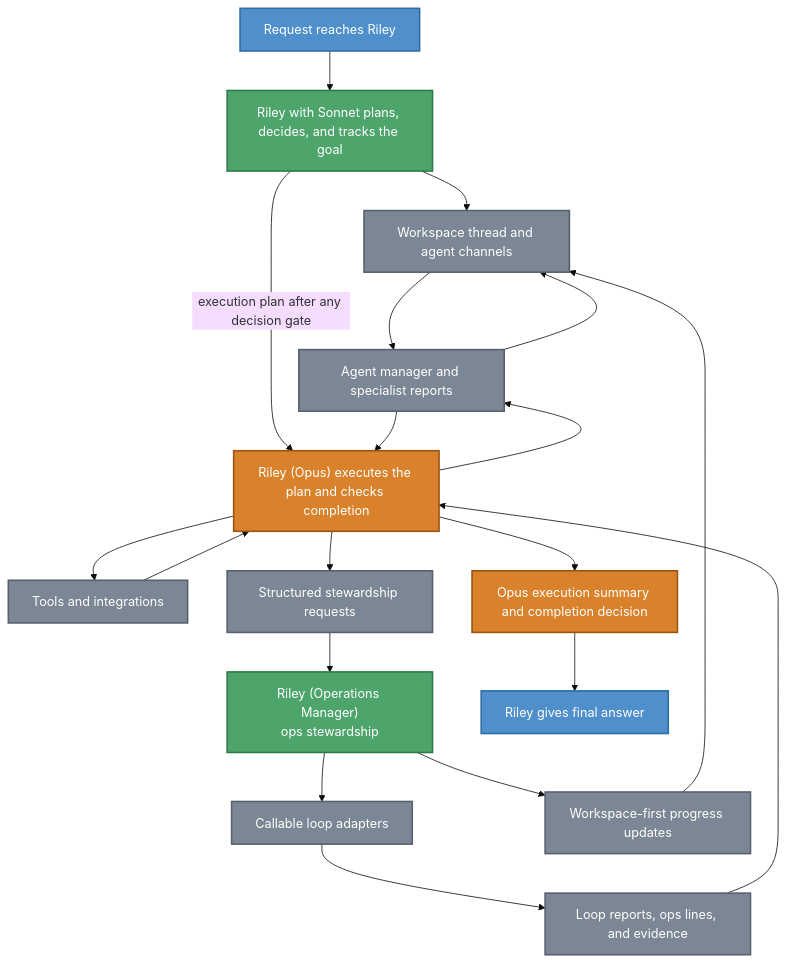
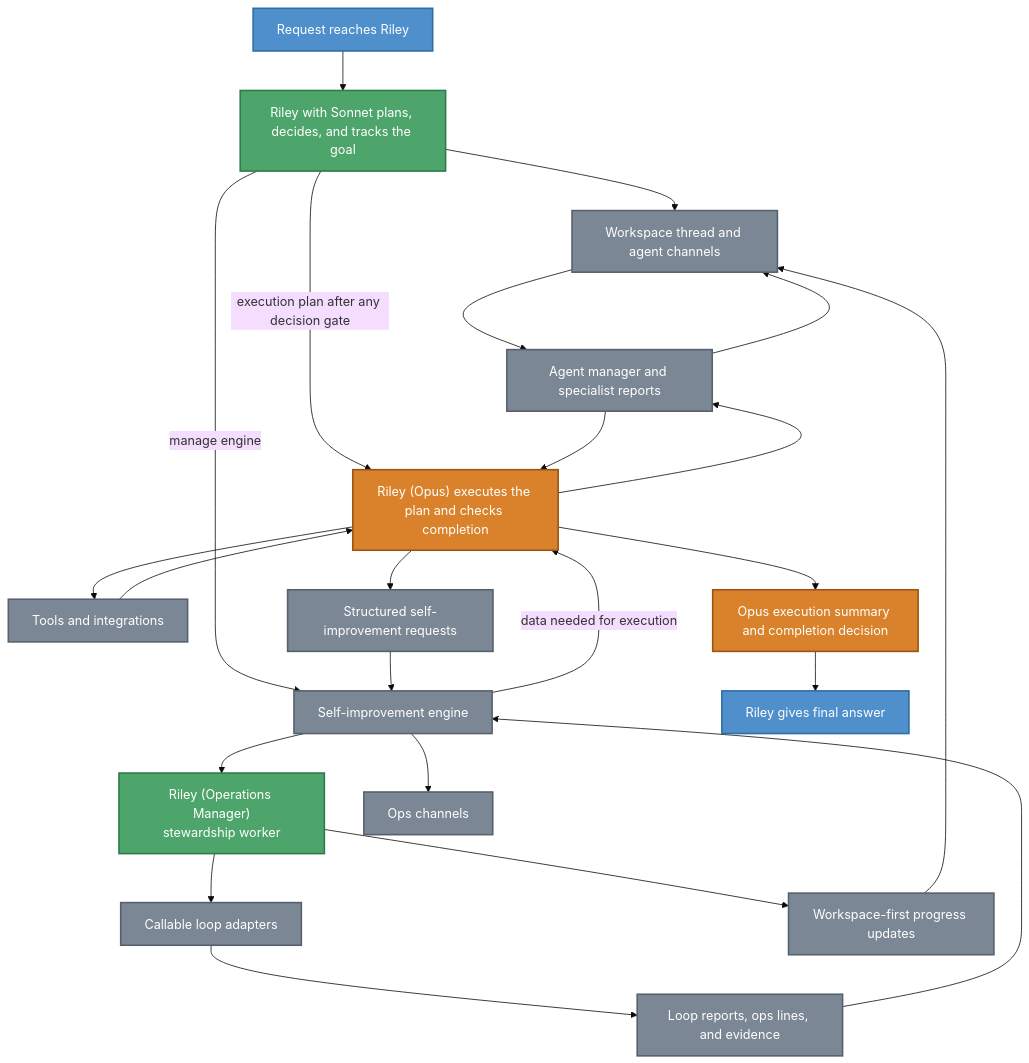
The third of 4 diagrams in .github/ARCHITECTURE.md (jflessenkemper/ASAP-discord), drawn with Mermaid (base theme) before and after one commit. The commit also changed other lines of this file and 7 other files, not shown here.

Commit message:
Route self-improvement through Riley manager

````diff
--- a/.github/ARCHITECTURE.md
+++ b/.github/ARCHITECTURE.md
@@ -171,41 +177,47 @@
 ```mermaid
 flowchart TB
     Request[Request reaches Riley]
     Riley[Riley with Sonnet plans, decides, and tracks the goal]
     Workspace[Workspace thread and agent channels]
     Opus["Riley (Opus) executes the plan and checks completion"]
     Specialists[Agent manager and specialist reports]
     Tools[Tools and integrations]
-    StewardRequests[Structured stewardship requests]
-    OpsSteward["Riley (Operations Manager)\nops stewardship"]
+    SelfImproveEngine[Self-improvement engine]
+    StewardRequests[Structured self-improvement requests]
+    OpsSteward["Riley (Operations Manager)\nstewardship worker"]
     LoopAdapters[Callable loop adapters]
     LoopReports[Loop reports, ops lines, and evidence]
+    OpsChannels[Ops channels]
     WorkspaceUpdates[Workspace-first progress updates]
     OpusReturn["Opus execution summary and completion decision"]
     FinalAnswer[Riley gives final answer]
 
     Request --> Riley
     Riley --> Workspace
     Riley -->|execution plan after any decision gate| Opus
     Opus --> Specialists
     Specialists --> Workspace
     Workspace --> Specialists
     Specialists --> Opus
     Opus --> Tools --> Opus
-    Opus --> StewardRequests --> OpsSteward
-    OpsSteward --> LoopAdapters --> LoopReports --> Opus
+    Riley -->|manage engine| SelfImproveEngine
+    Opus --> StewardRequests --> SelfImproveEngine
+    SelfImproveEngine --> OpsSteward
+    OpsSteward --> LoopAdapters --> LoopReports --> SelfImproveEngine
+    SelfImproveEngine -->|data needed for execution| Opus
+    SelfImproveEngine --> OpsChannels
     OpsSteward --> WorkspaceUpdates --> Workspace
     Opus --> OpusReturn
     OpusReturn --> FinalAnswer
 
     classDef user fill:#4f8fcb,stroke:#2f6ea3,color:#ffffff,stroke-width:2px;
     classDef riley fill:#4ea56b,stroke:#2f7a49,color:#ffffff,stroke-width:2px;
     classDef opus fill:#d9822b,stroke:#9a5416,color:#ffffff,stroke-width:2px;
     classDef surface fill:#7b8794,stroke:#56616d,color:#ffffff,stroke-width:2px;
 
     class Request,FinalAnswer user;
     class Riley riley;
     class Opus,OpusReturn opus;
-    class Workspace,Specialists,Tools,StewardRequests,LoopAdapters,LoopReports,WorkspaceUpdates surface;
+    class Workspace,Specialists,Tools,SelfImproveEngine,StewardRequests,LoopAdapters,LoopReports,OpsChannels,WorkspaceUpdates surface;
     class OpsSteward riley;
 ```
````
